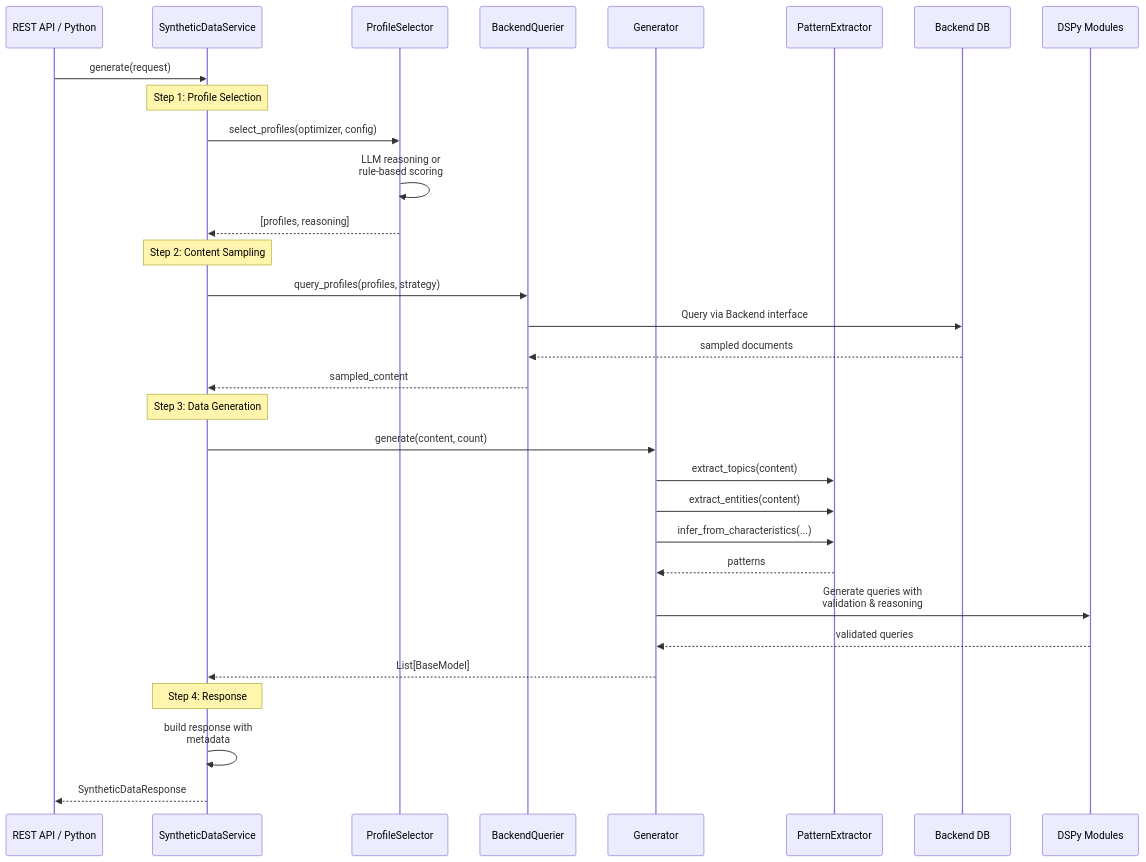
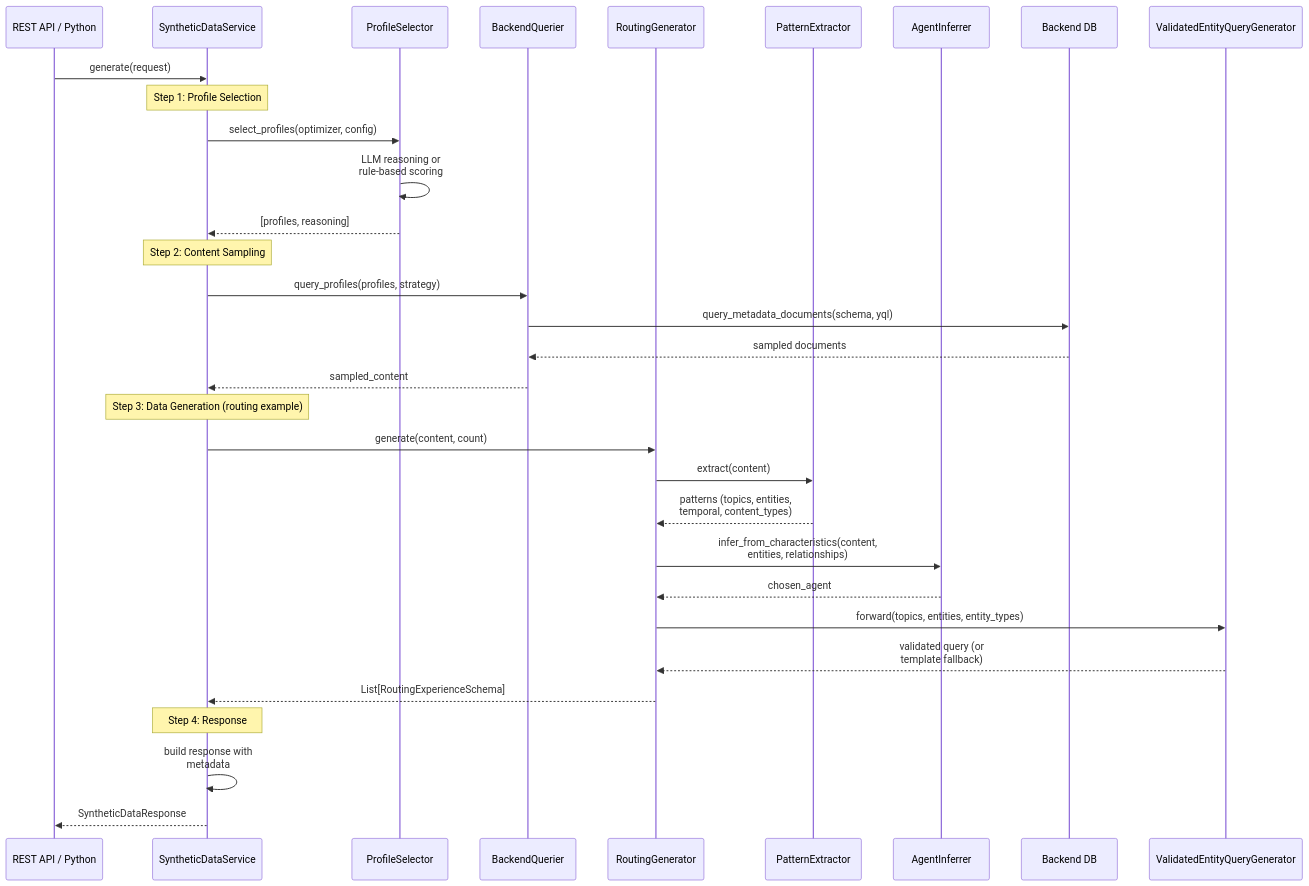
The second of 2 diagrams in docs/synthetic-data-generation.md (amit-jain/cogniverse), drawn with Mermaid before and after one commit. The commit also changed other lines of this file and 50 other files, not shown here.

First line of the commit message:
Complete and verify docs against code with mermaid palette

````diff
--- a/docs/synthetic-data-generation.md
+++ b/docs/synthetic-data-generation.md
@@ -83,38 +95,39 @@
 ```mermaid
 sequenceDiagram
     participant API as REST API / Python
     participant Service as SyntheticDataService
     participant PS as ProfileSelector
     participant BQ as BackendQuerier
-    participant Gen as Generator
-    participant Utils as PatternExtractor
+    participant Gen as RoutingGenerator
+    participant PE as PatternExtractor
+    participant AI as AgentInferrer
     participant Backend as Backend DB
-    participant DSPy as DSPy Modules
+    participant DSPy as ValidatedEntityQueryGenerator
 
     API->>Service: generate(request)
 
     Note over Service: Step 1: Profile Selection
     Service->>PS: select_profiles(optimizer, config)
     PS->>PS: LLM reasoning or<br/>rule-based scoring
     PS-->>Service: [profiles, reasoning]
 
     Note over Service: Step 2: Content Sampling
     Service->>BQ: query_profiles(profiles, strategy)
-    BQ->>Backend: Query via Backend interface
+    BQ->>Backend: query_metadata_documents(schema, yql)
     Backend-->>BQ: sampled documents
     BQ-->>Service: sampled_content
 
-    Note over Service: Step 3: Data Generation
+    Note over Service: Step 3: Data Generation (routing example)
     Service->>Gen: generate(content, count)
-    Gen->>Utils: extract_topics(content)
-    Gen->>Utils: extract_entities(content)
-    Gen->>Utils: infer_from_characteristics(...)
-    Utils-->>Gen: patterns
-    Gen->>DSPy: Generate queries with<br/>validation & reasoning
-    DSPy-->>Gen: validated queries
-    Gen-->>Service: List[BaseModel]
+    Gen->>PE: extract(content)
+    PE-->>Gen: patterns (topics, entities,<br/>temporal, content_types)
+    Gen->>AI: infer_from_characteristics(content,<br/>entities, relationships)
+    AI-->>Gen: chosen_agent
+    Gen->>DSPy: forward(topics, entities, entity_types)
+    DSPy-->>Gen: validated query (or<br/>template fallback)
+    Gen-->>Service: List[RoutingExperienceSchema]
 
     Note over Service: Step 4: Response
     Service->>Service: build response with<br/>metadata
     Service-->>API: SyntheticDataResponse
 ```
````
